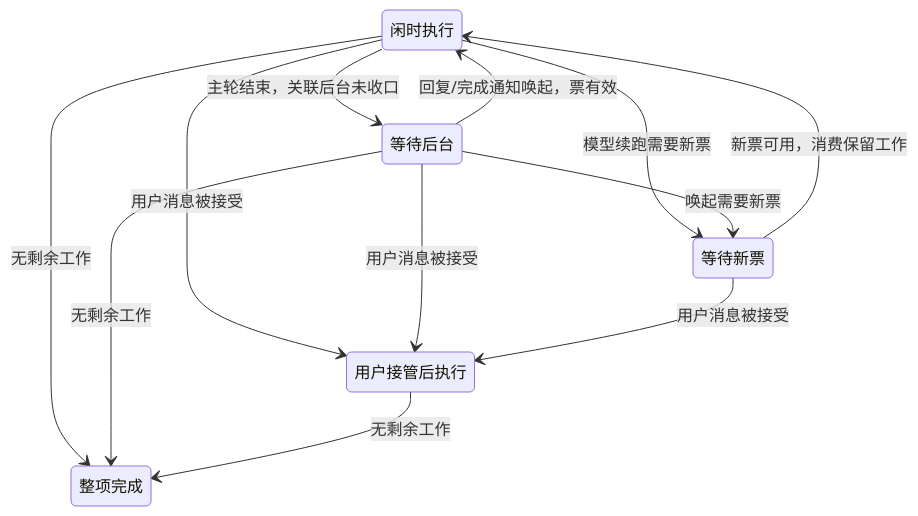
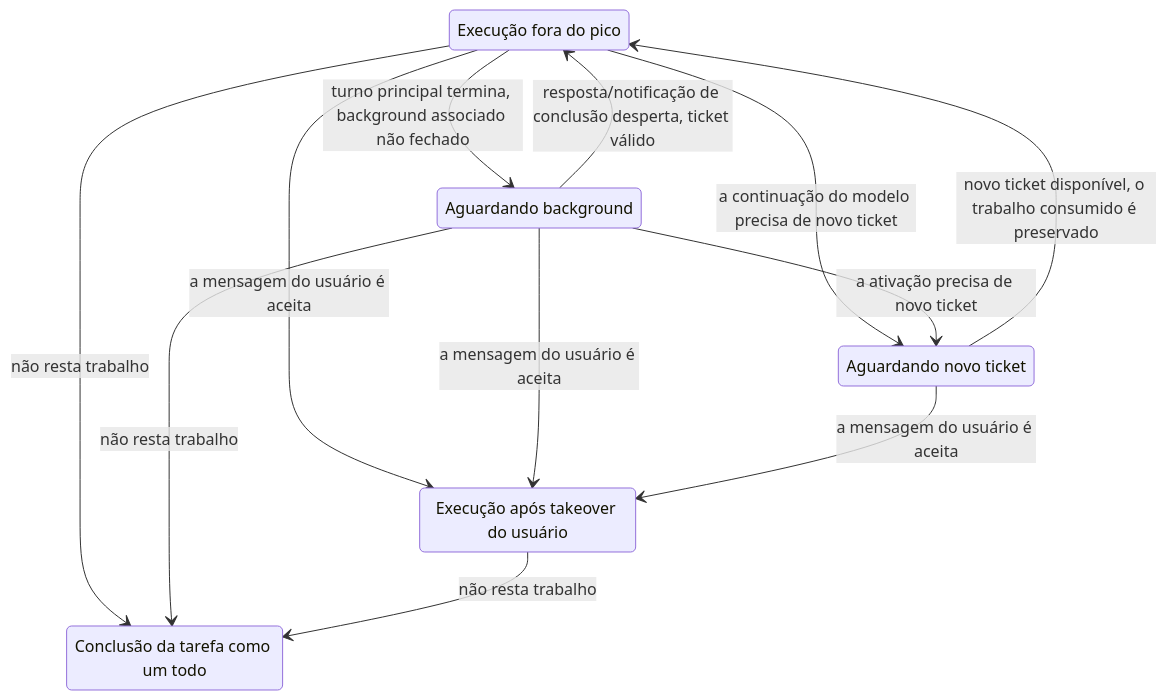
The second of 2 diagrams in docs/off-peak-task/background-lifecycle-plan.md (JoaoNetoDev/BR-Code), drawn with Mermaid before and after one commit. The commit also changed other lines of this file and 177 other files, not shown here.

````diff
--- a/docs/off-peak-task/background-lifecycle-plan.md
+++ b/docs/off-peak-task/background-lifecycle-plan.md
@@ -81,19 +81,19 @@
 ```mermaid
 stateDiagram-v2
-    state "闲时执行" as Idle
-    state "等待后台" as Background
-    state "等待新票" as Ticket
-    state "用户接管后执行" as User
-    state "整项完成" as Done
-    Idle --> Background: 主轮结束，关联后台未收口
-    Background --> Idle: 回复/完成通知唤起，票有效
-    Idle --> Ticket: 模型续跑需要新票
-    Background --> Ticket: 唤起需要新票
-    Ticket --> Idle: 新票可用，消费保留工作
-    Idle --> User: 用户消息被接受
-    Background --> User: 用户消息被接受
-    Ticket --> User: 用户消息被接受
-    Idle --> Done: 无剩余工作
-    Background --> Done: 无剩余工作
-    User --> Done: 无剩余工作
+    state "Execução fora do pico" as Idle
+    state "Aguardando background" as Background
+    state "Aguardando novo ticket" as Ticket
+    state "Execução após takeover do usuário" as User
+    state "Conclusão da tarefa como um todo" as Done
+    Idle --> Background: turno principal termina, background associado não fechado
+    Background --> Idle: resposta/notificação de conclusão desperta, ticket válido
+    Idle --> Ticket: a continuação do modelo precisa de novo ticket
+    Background --> Ticket: a ativação precisa de novo ticket
+    Ticket --> Idle: novo ticket disponível, o trabalho consumido é preservado
+    Idle --> User: a mensagem do usuário é aceita
+    Background --> User: a mensagem do usuário é aceita
+    Ticket --> User: a mensagem do usuário é aceita
+    Idle --> Done: não resta trabalho
+    Background --> Done: não resta trabalho
+    User --> Done: não resta trabalho
 ```
````
